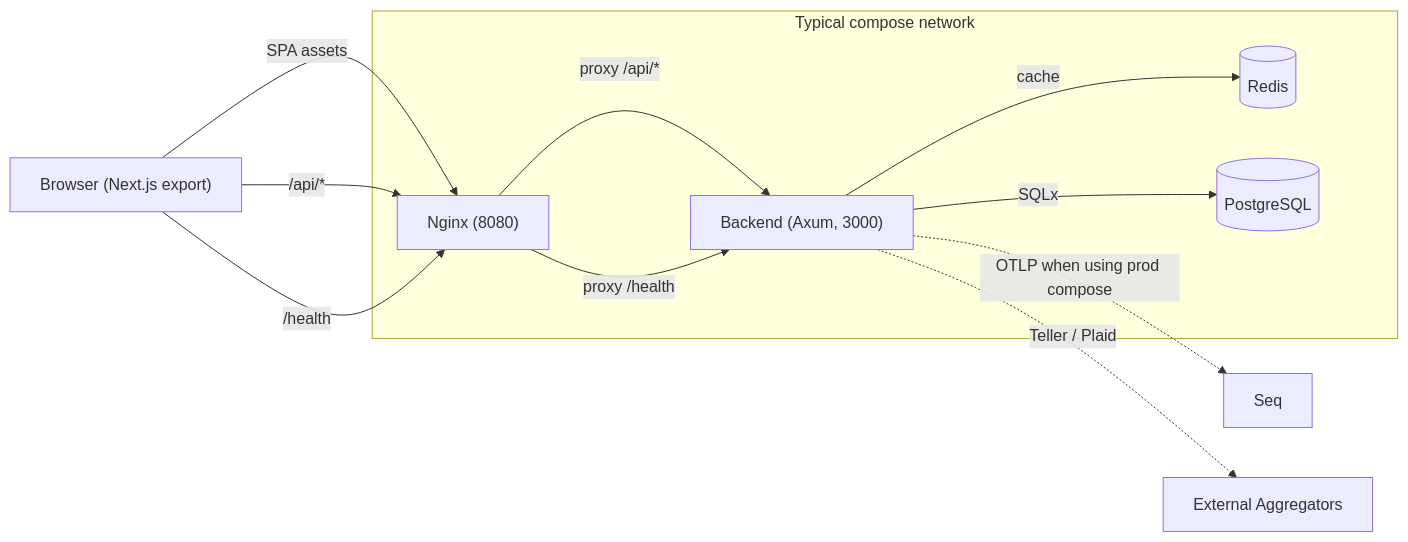
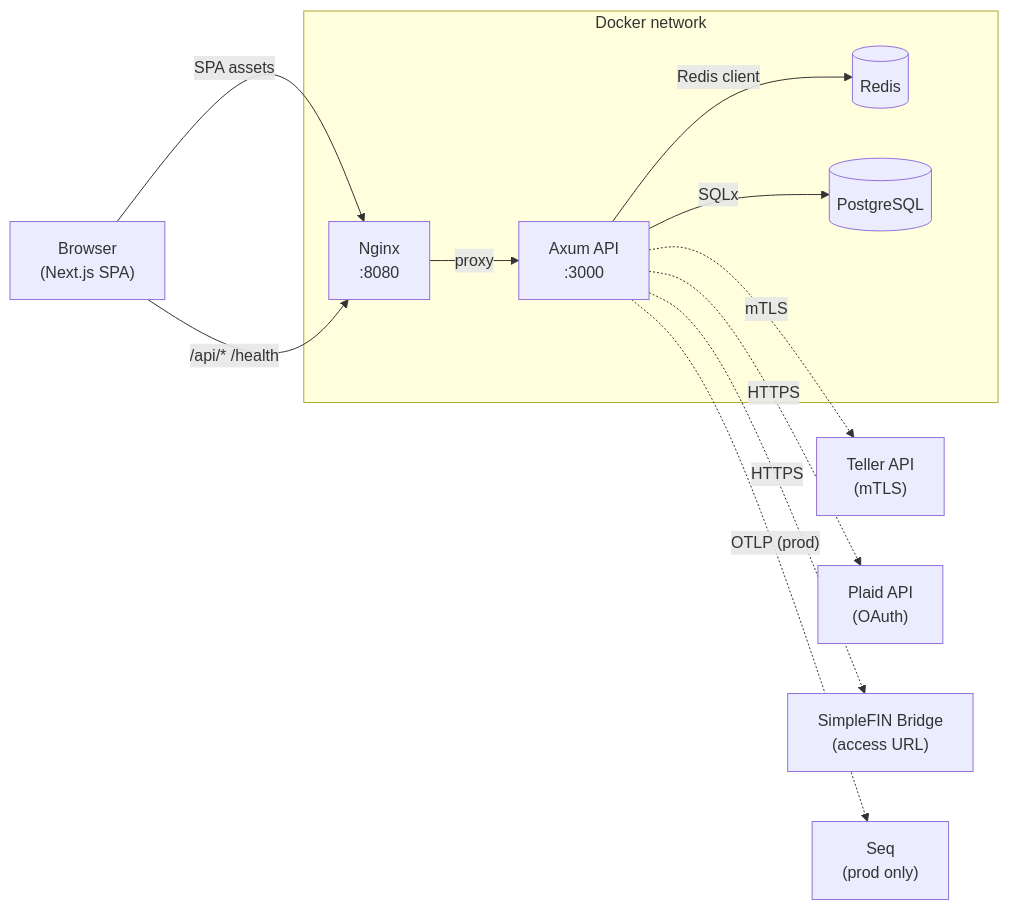
The first of 7 diagrams in docs/ARCHITECTURE.md (TwoBitFoundry/sumurai), drawn with Mermaid before and after one commit. The commit also changed other lines of this file and 18 other files, not shown here.

Commit message:
docs: refresh README assets and expand architecture documentation (#141)

````diff
--- a/docs/ARCHITECTURE.md
+++ b/docs/ARCHITECTURE.md
@@ -15,21 +11,26 @@
 ```mermaid
 flowchart LR
-  Browser["Browser (Next.js export)"] -->|SPA assets| Nginx["Nginx (8080)"]
-  Browser -->|/api/*| Nginx
-  Browser -->|/health| Nginx
+    Browser["Browser\n(Next.js SPA)"]
 
-  Nginx -->|proxy /api/*| Backend["Backend (Axum, 3000)"]
-  Nginx -->|proxy /health| Backend
+    subgraph "Docker network"
+        Nginx["Nginx\n:8080"]
+        Backend["Axum API\n:3000"]
+        Redis[("Redis")]
+        Postgres[("PostgreSQL")]
+    end
 
-  Backend -->|cache| Redis[(Redis)]
-  Backend -->|SQLx| Postgres[(PostgreSQL)]
-  Backend -.->|OTLP when using prod compose| Seq["Seq"]
-  Backend -.->|Teller / Plaid| Providers["External Aggregators"]
+    Teller["Teller API\n(mTLS)"]
+    Plaid["Plaid API\n(OAuth)"]
+    SimpleFIN["SimpleFIN Bridge\n(access URL)"]
+    Seq["Seq\n(prod only)"]
 
-  subgraph "Typical compose network"
-    Nginx
-    Backend
-    Redis
-    Postgres
-  end
+    Browser -->|"SPA assets"| Nginx
+    Browser -->|"/api/*  /health"| Nginx
+    Nginx -->|"proxy"| Backend
+    Backend -->|"SQLx"| Postgres
+    Backend -->|"Redis client"| Redis
+    Backend -.->|"OTLP (prod)"| Seq
+    Backend -.->|"mTLS"| Teller
+    Backend -.->|"HTTPS"| Plaid
+    Backend -.->|"HTTPS"| SimpleFIN
 ```
````
